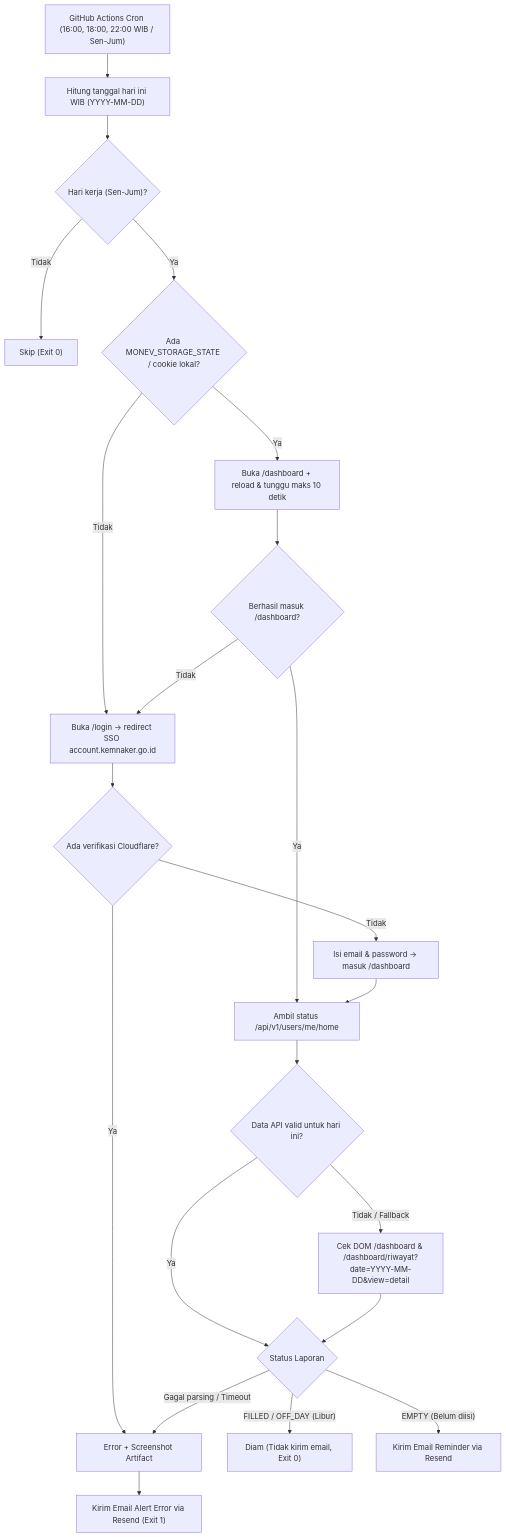
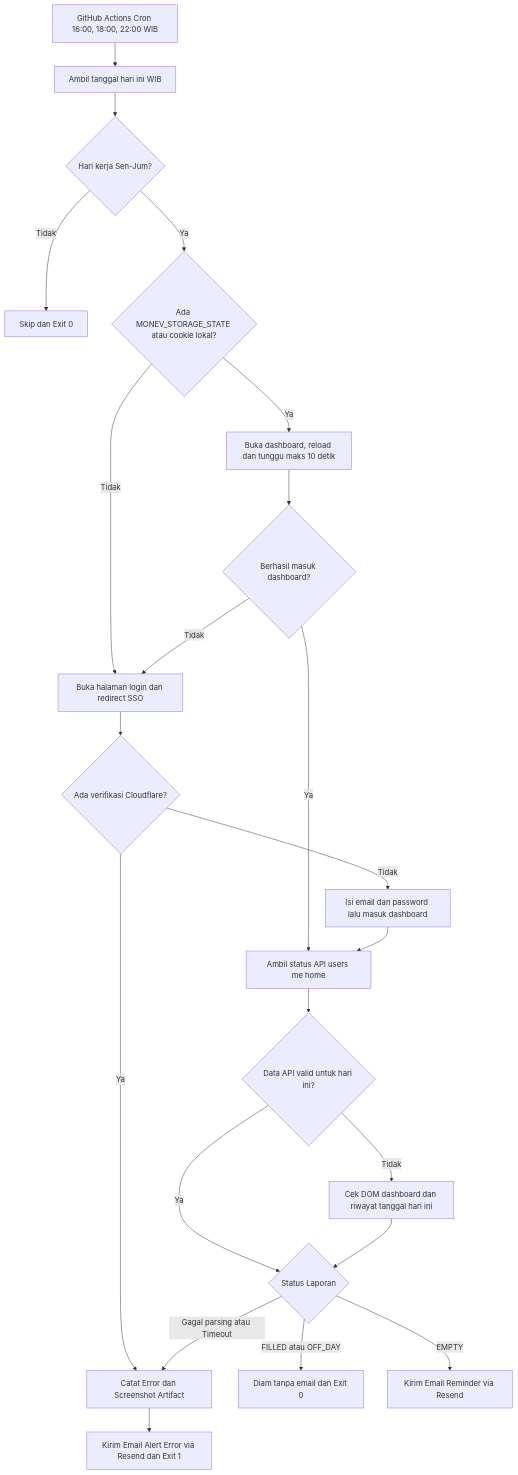
The diagram in README.md (RegiMuhammar/monev-cron-agent-template), drawn with Mermaid before and after one commit.

Commit message:
docs: simplify mermaid syntax for reliable rendering

````diff
--- a/README.md
+++ b/README.md
@@ -18,24 +18,24 @@
 ```mermaid
 flowchart TD
-    A["GitHub Actions Cron (16:00, 18:00, 22:00 WIB / Sen-Jum)"] --> B["Hitung tanggal hari ini WIB (YYYY-MM-DD)"]
-    B --> C{"Hari kerja (Sen-Jum)?"}
-    C -- "Tidak" --> Z1["Skip (Exit 0)"]
-    C -- "Ya" --> D{"Ada MONEV_STORAGE_STATE / cookie lokal?"}
-    D -- "Ya" --> E["Buka /dashboard + reload & tunggu maks 10 detik"]
-    E --> F{"Berhasil masuk /dashboard?"}
-    D -- "Tidak" --> G["Buka /login -> redirect SSO account.kemnaker.go.id"]
-    F -- "Tidak" --> G
-    F -- "Ya" --> H["Ambil status /api/v1/users/me/home"]
+    A["GitHub Actions Cron 16:00, 18:00, 22:00 WIB"] --> B["Ambil tanggal hari ini WIB"]
+    B --> C{"Hari kerja Sen-Jum?"}
+    C -->|Tidak| Z1["Skip dan Exit 0"]
+    C -->|Ya| D{"Ada MONEV_STORAGE_STATE atau cookie lokal?"}
+    D -->|Ya| E["Buka dashboard, reload dan tunggu maks 10 detik"]
+    E --> F{"Berhasil masuk dashboard?"}
+    D -->|Tidak| G["Buka halaman login dan redirect SSO"]
+    F -->|Tidak| G
+    F -->|Ya| H["Ambil status API users me home"]
     G --> G1{"Ada verifikasi Cloudflare?"}
-    G1 -- "Ya" --> ERR["Error + Screenshot Artifact"]
-    G1 -- "Tidak" --> G2["Isi email & password -> masuk /dashboard"]
+    G1 -->|Ya| ERR["Catat Error dan Screenshot Artifact"]
+    G1 -->|Tidak| G2["Isi email dan password lalu masuk dashboard"]
     G2 --> H
     H --> I{"Data API valid untuk hari ini?"}
-    I -- "Tidak / Fallback" --> J["Cek DOM /dashboard & /dashboard/riwayat?date=YYYY-MM-DD&view=detail"]
-    I -- "Ya" --> K{"Status Laporan"}
+    I -->|Tidak| J["Cek DOM dashboard dan riwayat tanggal hari ini"]
+    I -->|Ya| K{"Status Laporan"}
     J --> K
-    K -- "FILLED / OFF_DAY (Libur)" --> Z2["Diam (Tidak kirim email, Exit 0)"]
-    K -- "EMPTY (Belum diisi)" --> L["Kirim Email Reminder via Resend"]
-    K -- "Gagal parsing / Timeout" --> ERR
-    ERR --> M["Kirim Email Alert Error via Resend (Exit 1)"]
+    K -->|FILLED atau OFF_DAY| Z2["Diam tanpa email dan Exit 0"]
+    K -->|EMPTY| L["Kirim Email Reminder via Resend"]
+    K -->|Gagal parsing atau Timeout| ERR
+    ERR --> M["Kirim Email Alert Error via Resend dan Exit 1"]
 ```
````
